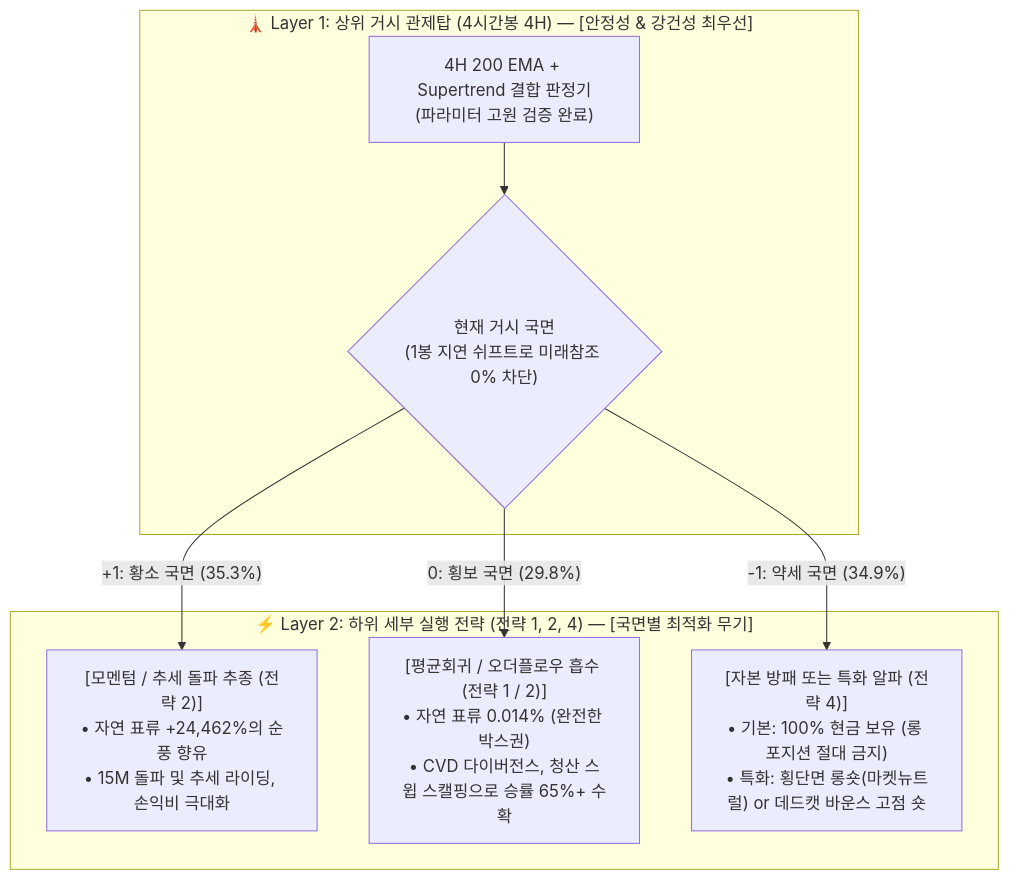
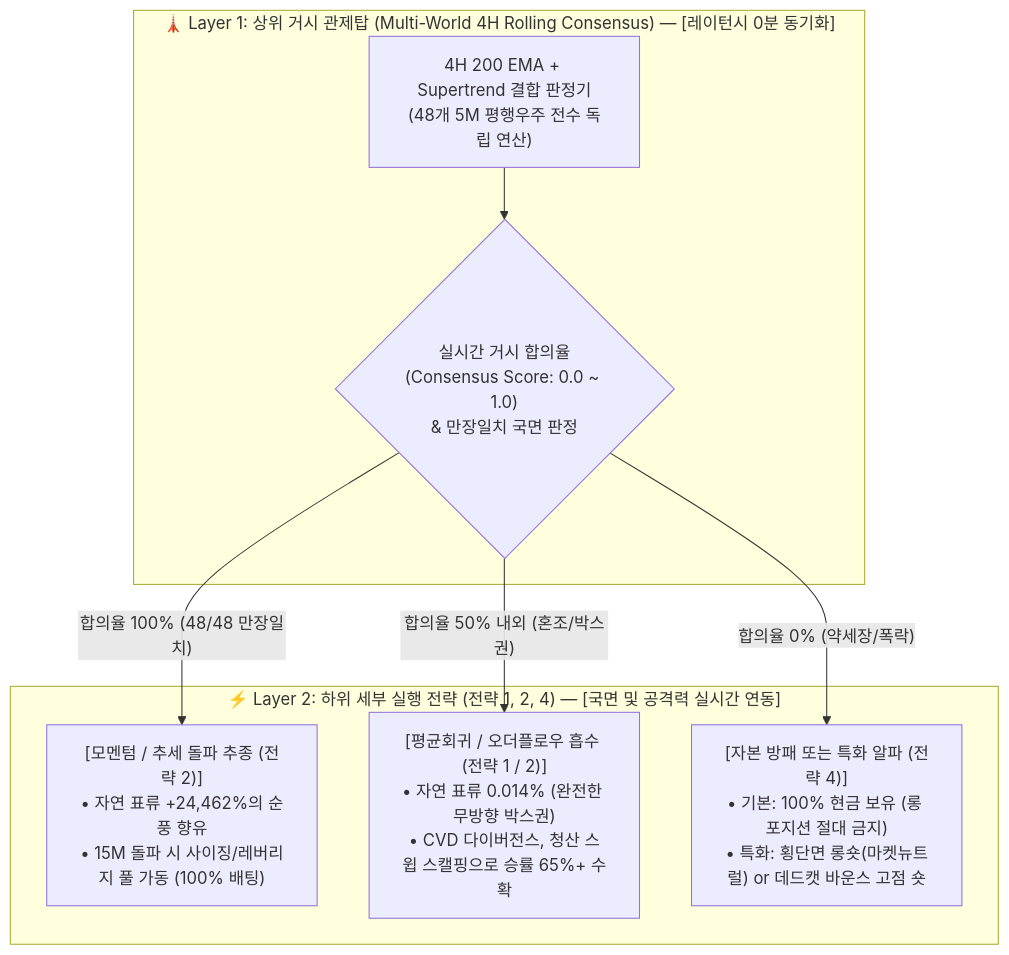
Before and after one commit to isltod/extreme-trading-experiments: the diagram in docs/strat03_regime/strategy_charter.md, drawn with Mermaid. The commit also changed other lines of this file and 12 other files, not shown here.

First line of the commit message:
feat(strat03): implement v1.1 Multi-World Rolling Consensus & complete validation docs

````diff
--- a/docs/strat03_regime/strategy_charter.md
+++ b/docs/strat03_regime/strategy_charter.md
@@ -31,15 +35,15 @@
 ```mermaid
 flowchart TD
-    subgraph Layer1["🗼 Layer 1: 상위 거시 관제탑 (4시간봉 4H) — [안정성 & 강건성 최우선]"]
-        L1_Engine["4H 200 EMA + Supertrend 결합 판정기<br/>(파라미터 고원 검증 완료)"]
-        L1_Engine --> L1_State{"현재 거시 국면<br/>(1봉 지연 쉬프트로 미래참조 0% 차단)"}
+    subgraph Layer1["🗼 Layer 1: 상위 거시 관제탑 (Multi-World 4H Rolling Consensus) — [레이턴시 0분 동기화]"]
+        L1_Engine["4H 200 EMA + Supertrend 결합 판정기<br/>(48개 5M 평행우주 전수 독립 연산)"]
+        L1_Engine --> L1_State{"실시간 거시 합의율<br/>(Consensus Score: 0.0 ~ 1.0)<br/>& 만장일치 국면 판정"}
     end
 
-    subgraph Layer2["⚡ Layer 2: 하위 세부 실행 전략 (전략 1, 2, 4) — [국면별 최적화 무기]"]
-        L1_State -->|"+1: 황소 국면 (35.3%)"| M_Trend["[모멘텀 / 추세 돌파 추종 (전략 2)]<br/>• 자연 표류 +24,462%의 순풍 향유<br/>• 15M 돌파 및 추세 라이딩, 손익비 극대화"]
+    subgraph Layer2["⚡ Layer 2: 하위 세부 실행 전략 (전략 1, 2, 4) — [국면 및 공격력 실시간 연동]"]
+        L1_State -->|"합의율 100% (48/48 만장일치)"| M_Trend["[모멘텀 / 추세 돌파 추종 (전략 2)]<br/>• 자연 표류 +24,462%의 순풍 향유<br/>• 15M 돌파 시 사이징/레버리지 풀 가동 (100% 배팅)"]
         
-        L1_State -->|"0: 횡보 국면 (29.8%)"| M_Range["[평균회귀 / 오더플로우 흡수 (전략 1 / 2)]<br/>• 자연 표류 0.014% (완전한 박스권)<br/>• CVD 다이버전스, 청산 스윕 스캘핑으로 승률 65%+ 수확"]
+        L1_State -->|"합의율 50% 내외 (혼조/박스권)"| M_Range["[평균회귀 / 오더플로우 흡수 (전략 1 / 2)]<br/>• 자연 표류 0.014% (완전한 무방향 박스권)<br/>• CVD 다이버전스, 청산 스윕 스캘핑으로 승률 65%+ 수확"]
         
-        L1_State -->|"-1: 약세 국면 (34.9%)"| M_Bear["[자본 방패 또는 특화 알파 (전략 4)]<br/>• 기본: 100% 현금 보유 (롱 포지션 절대 금지)<br/>• 특화: 횡단면 롱숏(마켓뉴트럴) or 데드캣 바운스 고점 숏"]
+        L1_State -->|"합의율 0% (약세장/폭락)"| M_Bear["[자본 방패 또는 특화 알파 (전략 4)]<br/>• 기본: 100% 현금 보유 (롱 포지션 절대 금지)<br/>• 특화: 횡단면 롱숏(마켓뉴트럴) or 데드캣 바운스 고점 숏"]
     end
 ```
````
